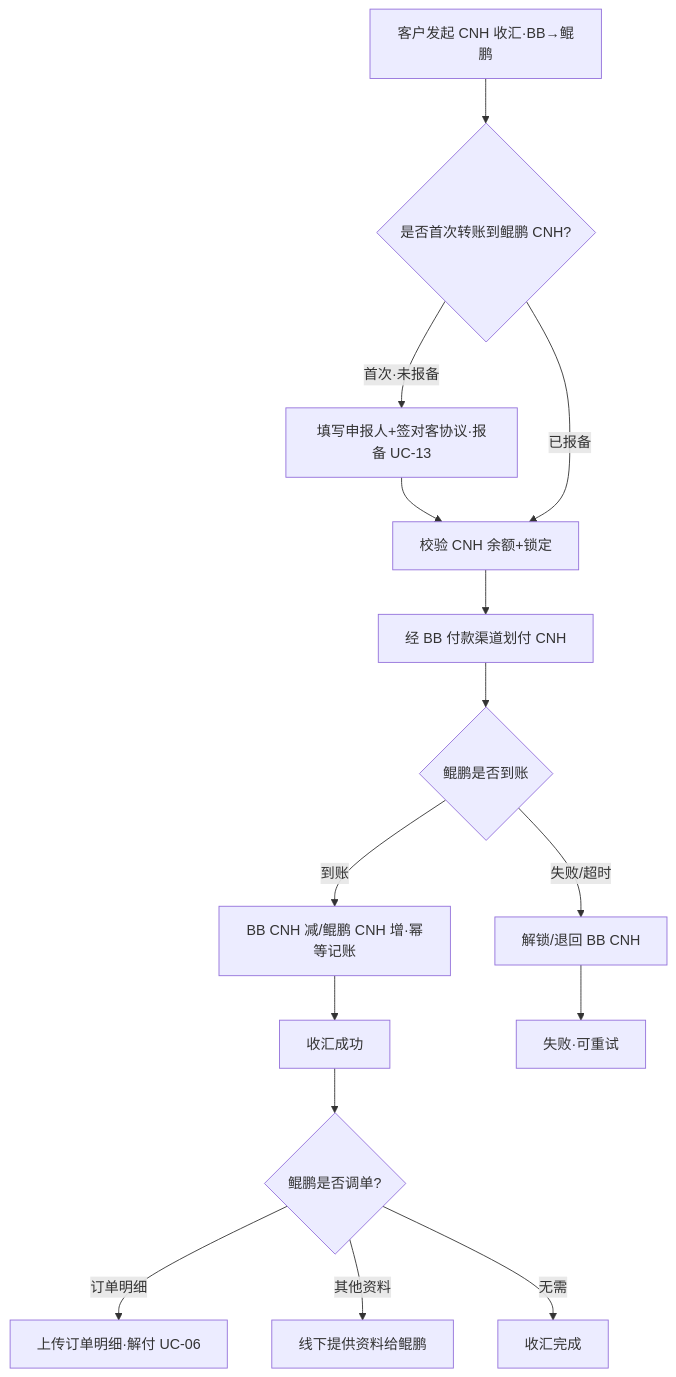
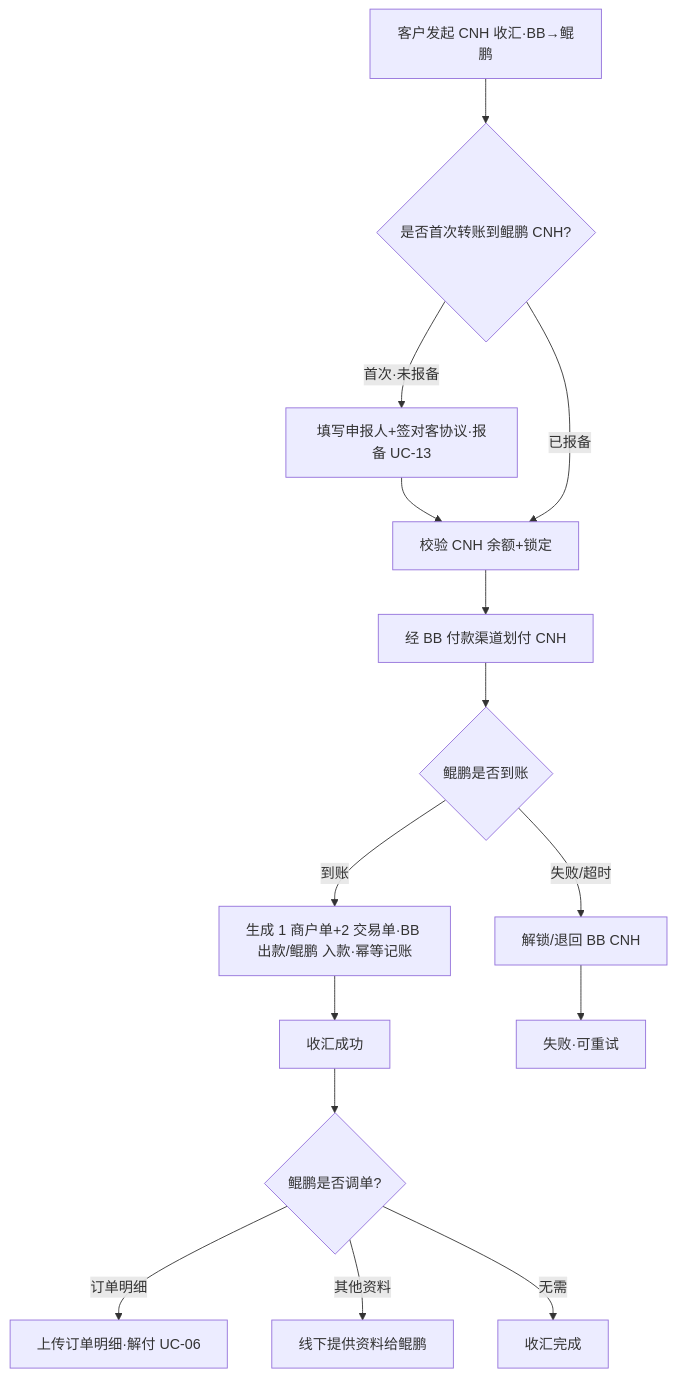
One commit to xiaoxiaoangie/EX-NEW changed the seventh of 15 diagrams in vietnam/CNYsettlement.md. Above: the diagram before and after it, drawn with Mermaid. The commit also changed other lines of this file and 3 other files, not shown here.

````diff
--- a/vietnam/CNYsettlement.md
+++ b/vietnam/CNYsettlement.md
@@ -455,17 +515,17 @@
 ```mermaid
 flowchart TD
     c5A[客户发起 CNH 收汇·BB→鲲鹏] --> c5N{是否首次转账到鲲鹏 CNH?}
     c5N -->|首次·未报备| c5M[填写申报人+签对客协议·报备 UC-13]
     c5M --> c5B
     c5N -->|已报备| c5B[校验 CNH 余额+锁定]
     c5B --> c5C[经 BB 付款渠道划付 CNH]
     c5C --> c5D{鲲鹏是否到账}
-    c5D -->|到账| c5E[BB CNH 减/鲲鹏 CNH 增·幂等记账]
+    c5D -->|到账| c5E[生成 1 商户单+2 交易单·BB 出款/鲲鹏 入款·幂等记账]
     c5E --> c5F[收汇成功]
     c5D -->|失败/超时| c5G[解锁/退回 BB CNH]
     c5G --> c5H[失败·可重试]
     c5F --> c5I{鲲鹏是否调单?}
     c5I -->|订单明细| c5J[上传订单明细·解付 UC-06]
     c5I -->|其他资料| c5K[线下提供资料给鲲鹏]
     c5I -->|无需| c5L[收汇完成]
 ```
````
